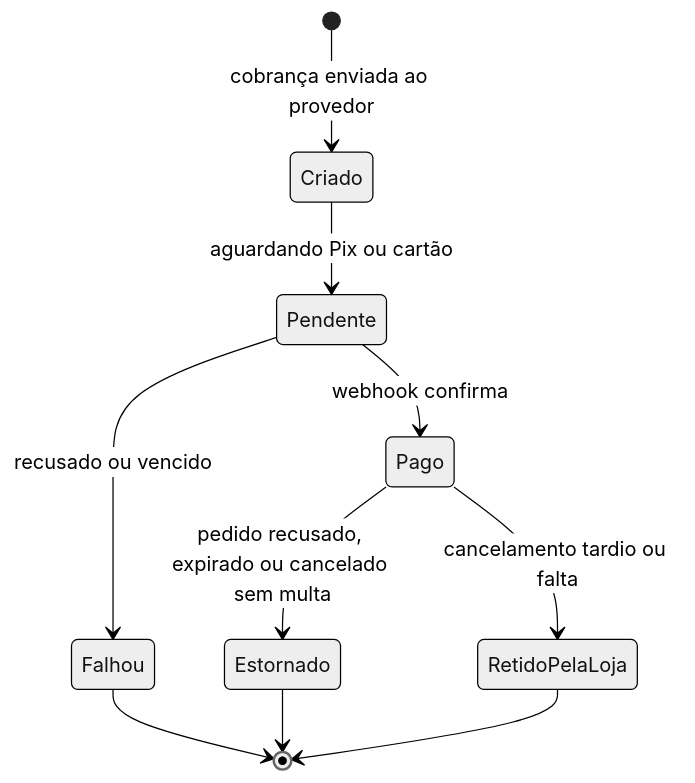
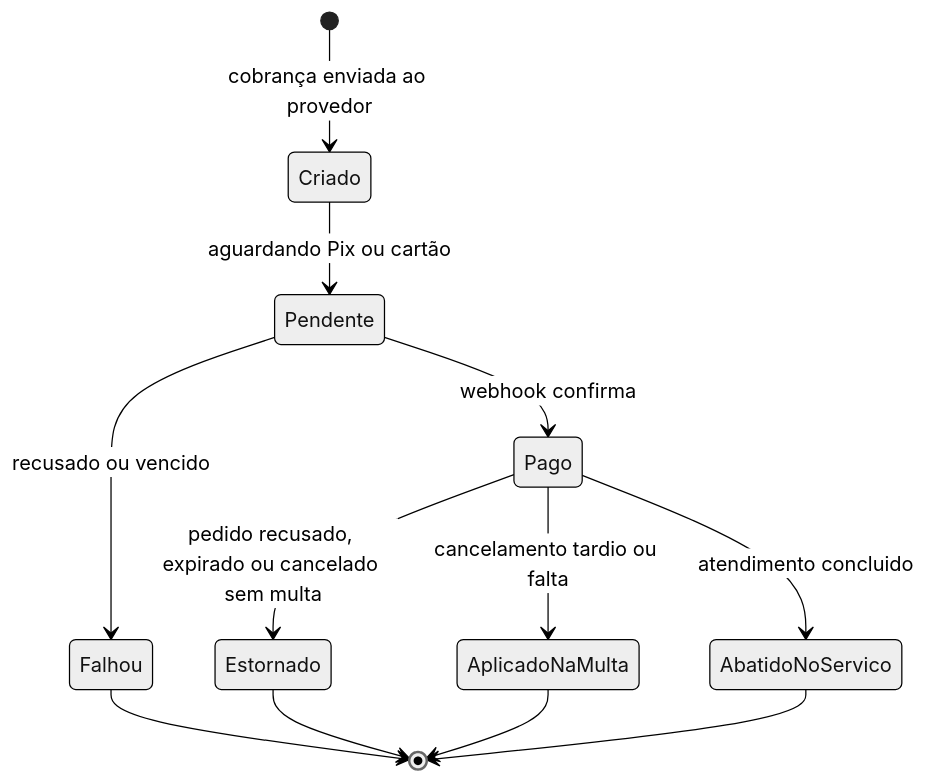
One commit to GabrielVogado/pet-shop changed the second of 8 diagrams in Documentos/02-arquitetura-tecnica/Diagramas-de-Engenharia-v2.0.md. Above: the diagram before and after it, drawn with Mermaid (neutral theme). The commit also changed other lines of this file and 6 other files, not shown here.

Commit message:
docs: sinal e multa definidos pela loja (RN-56 a RN-58)

````diff
--- a/Documentos/02-arquitetura-tecnica/Diagramas-de-Engenharia-v2.0.md
+++ b/Documentos/02-arquitetura-tecnica/Diagramas-de-Engenharia-v2.0.md
@@ -58,12 +60,14 @@
 ```mermaid
 stateDiagram-v2
   [*] --> Criado: cobrança enviada ao provedor
   Criado --> Pendente: aguardando Pix ou cartão
   Pendente --> Pago: webhook confirma
   Pendente --> Falhou: recusado ou vencido
   Pago --> Estornado: pedido recusado, expirado ou cancelado sem multa
-  Pago --> RetidoPelaLoja: cancelamento tardio ou falta
+  Pago --> AplicadoNaMulta: cancelamento tardio ou falta
+  Pago --> AbatidoNoServico: atendimento concluido
   Falhou --> [*]
   Estornado --> [*]
-  RetidoPelaLoja --> [*]
+  AplicadoNaMulta --> [*]
+  AbatidoNoServico --> [*]
 ```
````
